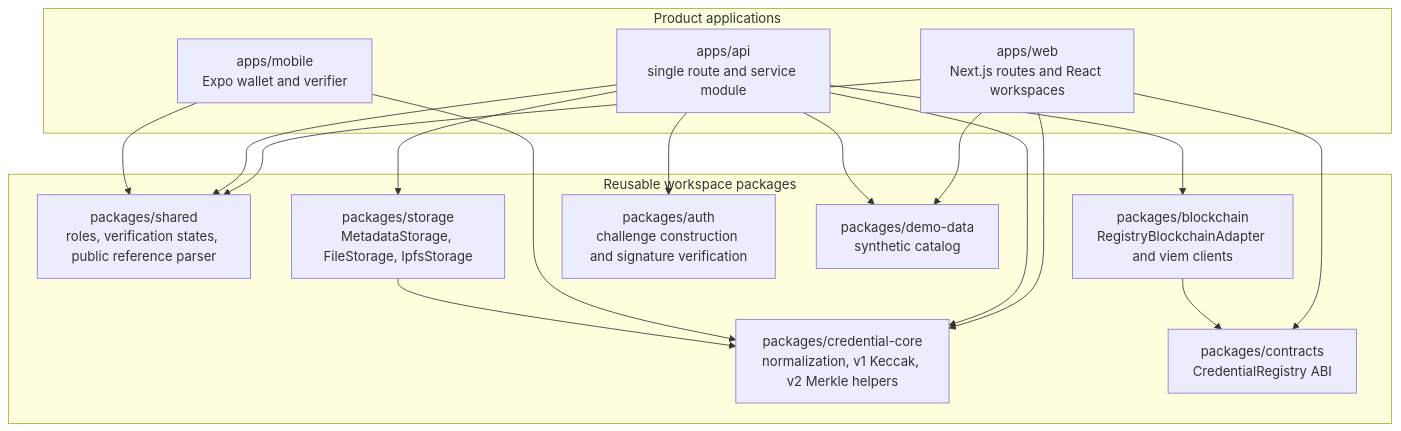
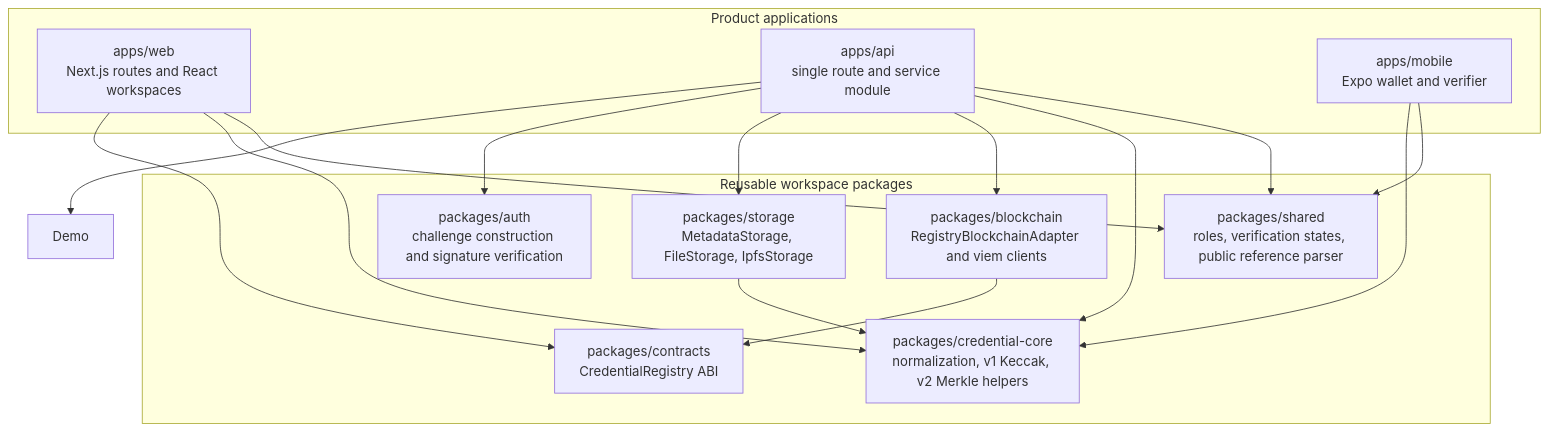
Before and after one commit to vishnunathasuresh/credora: the second of 8 diagrams in docs/architecture/diagrams.md, drawn with Mermaid. The commit also changed 34 other files, not shown here.

Commit message:
Redesign Credora around QR credential flows

````diff
--- a/docs/architecture/diagrams.md
+++ b/docs/architecture/diagrams.md
@@ -124,33 +124,31 @@
 ```mermaid
 flowchart TB
   subgraph Apps[Product applications]
     Web[apps/web<br/>Next.js routes and React workspaces]
     Api[apps/api<br/>single route and service module]
     Mobile[apps/mobile<br/>Expo wallet and verifier]
   end
 
   subgraph Packages[Reusable workspace packages]
     Shared[packages/shared<br/>roles, verification states, public reference parser]
     Core[packages/credential-core<br/>normalization, v1 Keccak, v2 Merkle helpers]
     Abi[packages/contracts<br/>CredentialRegistry ABI]
     Chain[packages/blockchain<br/>RegistryBlockchainAdapter and viem clients]
     Storage[packages/storage<br/>MetadataStorage, FileStorage, IpfsStorage]
     Auth[packages/auth<br/>challenge construction and signature verification]
-    Demo[packages/demo-data<br/>synthetic catalog]
   end
 
   Web --> Shared
   Web --> Core
   Web --> Abi
-  Web --> Demo
   Api --> Shared
   Api --> Core
   Api --> Chain
   Api --> Storage
   Api --> Auth
   Api --> Demo
   Mobile --> Shared
   Mobile --> Core
   Chain --> Abi
   Storage --> Core
 ```
````
